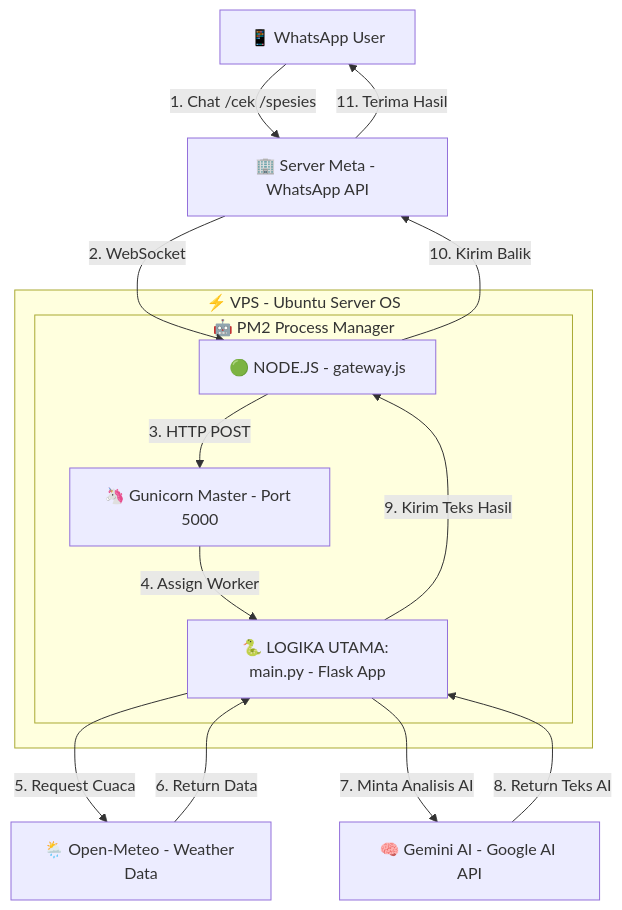
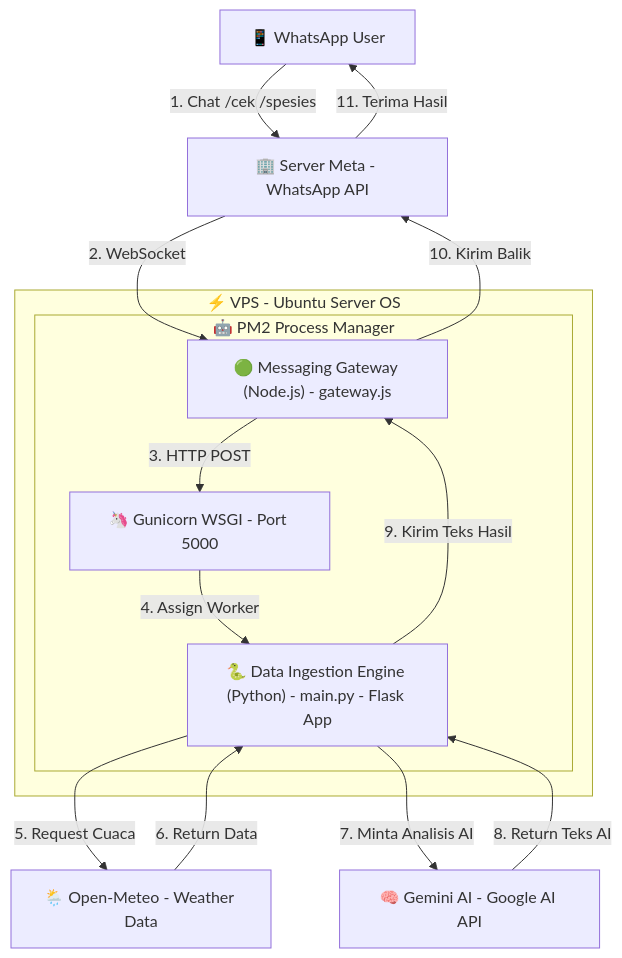
Before and after one commit to AdienDendra/architect-web: the diagram in content.id/projects/bot-fishing.md, drawn with Mermaid. The commit also changed other lines of this file, not shown here.

```diff
--- a/content.id/projects/bot-fishing.md
+++ b/content.id/projects/bot-fishing.md
@@ -66,28 +60,28 @@
 {{< mermaid >}}
 graph TD
     User[📱 WhatsApp User]
     Meta[🏢 Server Meta - WhatsApp API]
 
     subgraph VPS [⚡ VPS - Ubuntu Server OS]
         subgraph PM2 [🤖 PM2 Process Manager]
-            NodeApp[🟢 NODE.JS - gateway.js]
-            GuniMaster[🦄 Gunicorn Master - Port 5000]
-            MainPy[🐍 LOGIKA UTAMA: main.py - Flask App]
+            NodeApp["🟢 Messaging Gateway (Node.js) - gateway.js"]
+            GuniMaster[🦄 Gunicorn WSGI - Port 5000]
+            MainPy["🐍 Data Ingestion Engine (Python) - main.py - Flask App"]
         end
     end
 
     BOM[🌦️ Open-Meteo - Weather Data]
     Gemini[🧠 Gemini AI - Google AI API]
 
     User -->|1. Chat /cek /spesies| Meta
     Meta -->|2. WebSocket| NodeApp
     NodeApp -->|3. HTTP POST| GuniMaster
     GuniMaster -->|4. Assign Worker| MainPy
     MainPy -->|5. Request Cuaca| BOM
     BOM -->|6. Return Data| MainPy
     MainPy -->|7. Minta Analisis AI| Gemini
     Gemini -->|8. Return Teks AI| MainPy
     MainPy -->|9. Kirim Teks Hasil| NodeApp
     NodeApp -->|10. Kirim Balik| Meta
     Meta -->|11. Terima Hasil| User
 {{< /mermaid >}}
```
